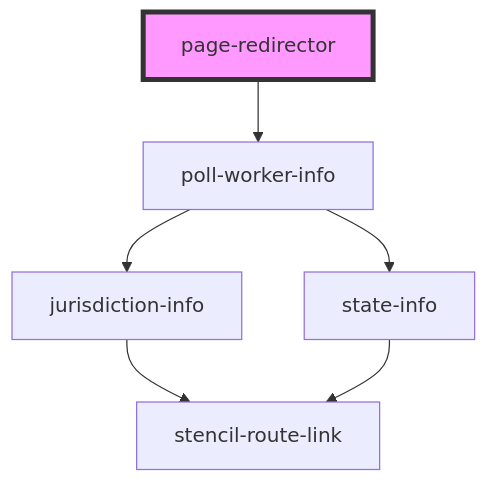
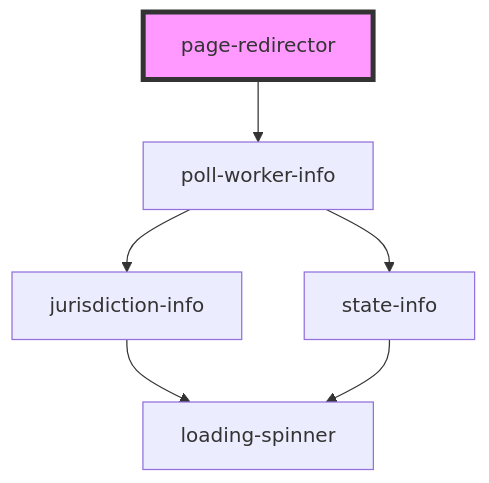
The diagram in site/src/components/page-redirector/readme.md (pizza-to-the-polls/power-the-polls), drawn with Mermaid before and after one commit. The commit also changed 8 other files, not shown here.

````diff
--- a/site/src/components/page-redirector/readme.md
+++ b/site/src/components/page-redirector/readme.md
@@ -15,9 +15,9 @@
 ```mermaid
 graph TD;
   page-redirector --> poll-worker-info
   poll-worker-info --> jurisdiction-info
   poll-worker-info --> state-info
-  jurisdiction-info --> stencil-route-link
-  state-info --> stencil-route-link
+  jurisdiction-info --> loading-spinner
+  state-info --> loading-spinner
   style page-redirector fill:#f9f,stroke:#333,stroke-width:4px
 ```
````
